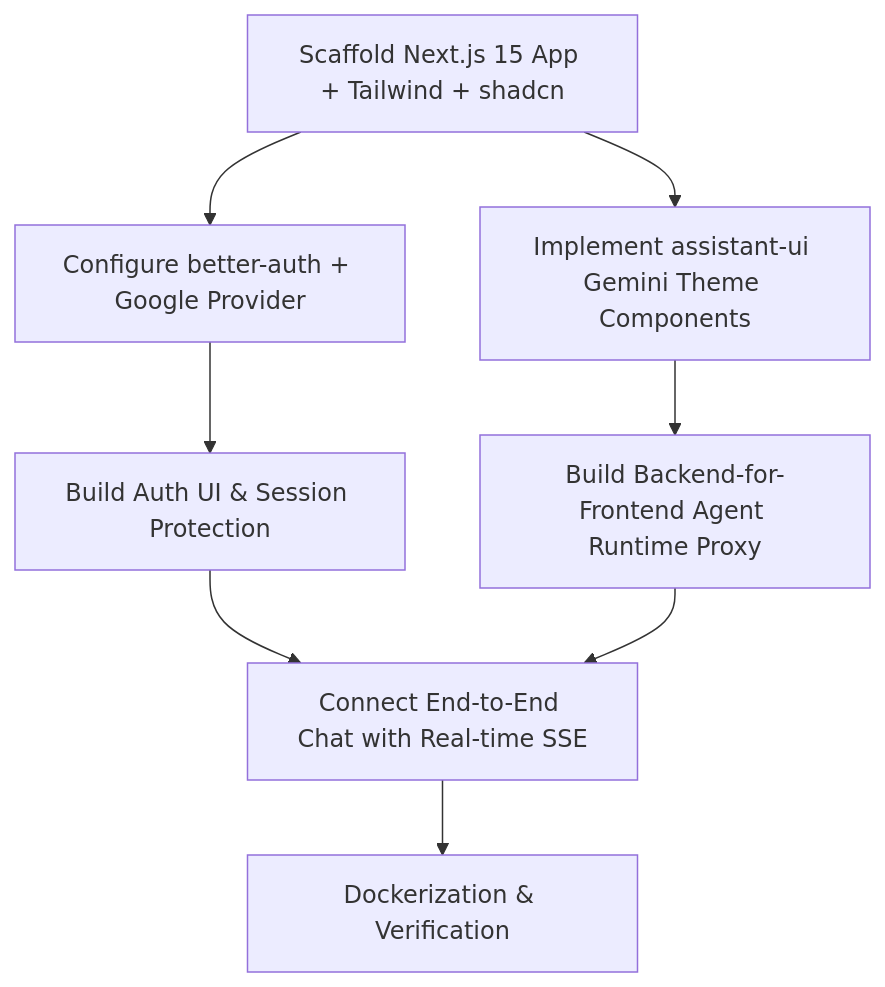
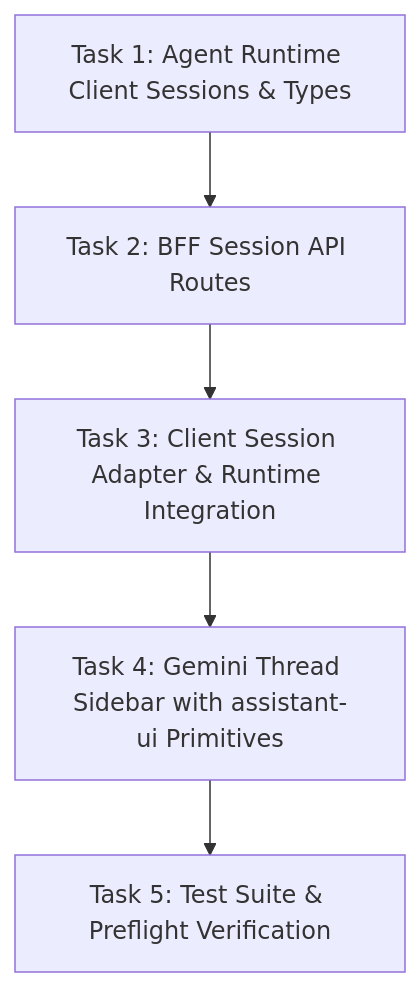
The diagram in tasks/plan.md (mblanc/agent-runtime-ui), drawn with Mermaid before and after one commit. The commit also changed other lines of this file and 23 other files, not shown here.

Commit message:
feat: integrate assistant-ui thread sidebar with session adapter and settings

````diff
--- a/tasks/plan.md
+++ b/tasks/plan.md
@@ -11,10 +20,7 @@
 ```mermaid
 graph TD
-    A[Scaffold Next.js 15 App + Tailwind + shadcn] --> B[Configure better-auth + Google Provider]
-    B --> C[Build Auth UI & Session Protection]
-    A --> D[Implement assistant-ui Gemini Theme Components]
-    D --> E[Build Backend-for-Frontend Agent Runtime Proxy]
-    C --> F[Connect End-to-End Chat with Real-time SSE]
-    E --> F
-    F --> G[Dockerization & Verification]
+    T1[Task 1: Agent Runtime Client Sessions & Types] --> T2[Task 2: BFF Session API Routes]
+    T2 --> T3[Task 3: Client Session Adapter & Runtime Integration]
+    T3 --> T4[Task 4: Gemini Thread Sidebar with assistant-ui Primitives]
+    T4 --> T5[Task 5: Test Suite & Preflight Verification]
 ```
````
